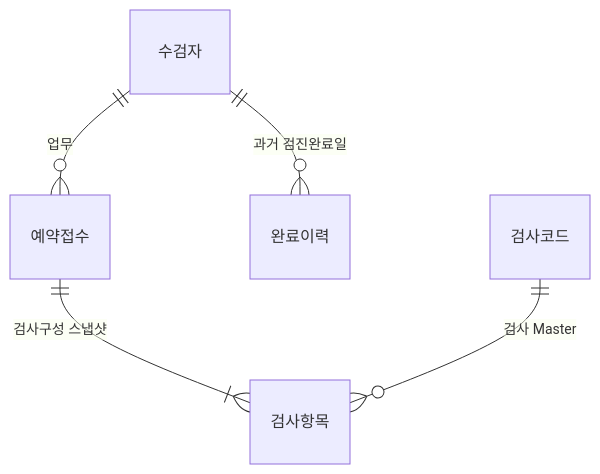
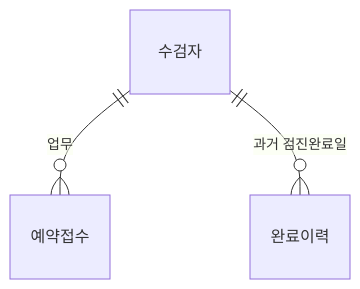
Before and after one commit to wotjr1649/HealthCheckupReservationReception: the diagram in database/README.md, drawn with Mermaid. The commit also changed other lines of this file and 14 other files, not shown here.

````diff
--- a/database/README.md
+++ b/database/README.md
@@ -19,7 +19,5 @@
 ```mermaid
 erDiagram
     수검자 ||--o{ 예약접수 : "업무"
     수검자 ||--o{ 완료이력 : "과거 검진완료일"
-    예약접수 ||--|{ 검사항목 : "검사구성 스냅샷"
-    검사코드 ||--o{ 검사항목 : "검사 Master"
 ```
````
